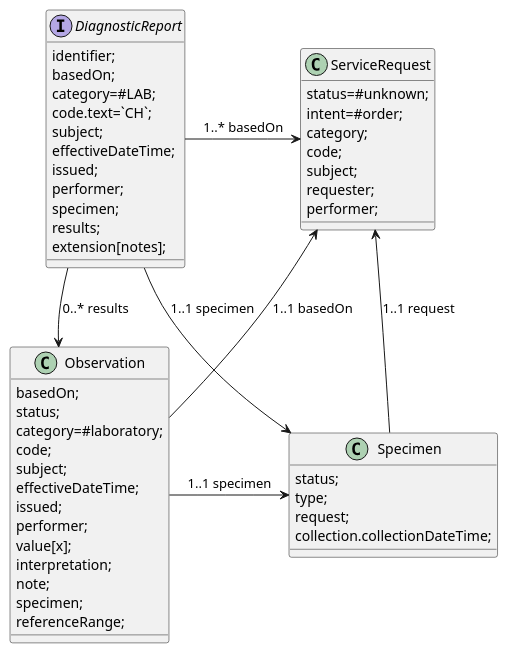
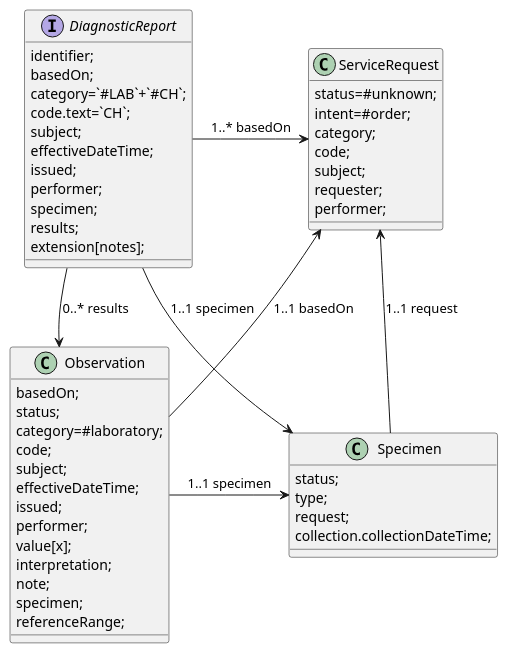
One commit to department-of-veterans-affairs/mhv-fhir-phr-mapping changed the diagram in input/images-source/chLab.plantuml. Above: the diagram before and after it, drawn with PlantUML. The commit also changed 19 other files, not shown here.

```diff
--- a/input/images-source/chLab.plantuml
+++ b/input/images-source/chLab.plantuml
@@ -1,55 +1,55 @@
 @startuml
 skinparam svgDimensionStyle true
 
 interface DiagnosticReport {
     identifier;
     basedOn;
-    category=#LAB;
+    category=`#LAB`+`#CH`;
     code.text=`CH`;
     subject;
     effectiveDateTime;
     issued;
     performer;
     specimen;
     results;
     extension[notes];
 }
 class ServiceRequest {
     status=#unknown;
     intent=#order;
     category;
     code;
     subject;
     requester;
     performer;
 }
 class Specimen {
     status;
     type;
     request;
     collection.collectionDateTime;
 }
 class Observation {
     basedOn;
     status;
     category=#laboratory;
     code;
     subject;
     effectiveDateTime;
     issued;
     performer;
     value[x];
     interpretation;
     note;
     specimen;
     referenceRange;
 }
 
 DiagnosticReport -down-> Specimen: 1..1 specimen
 Specimen -right-> ServiceRequest: 1..1 request
 DiagnosticReport -right-> ServiceRequest: 1..* basedOn
 Observation -up-> ServiceRequest: 1..1 basedOn
 DiagnosticReport -down-> Observation: 0..* results
 Observation -right-> Specimen: 1..1 specimen
 
 @enduml
```
